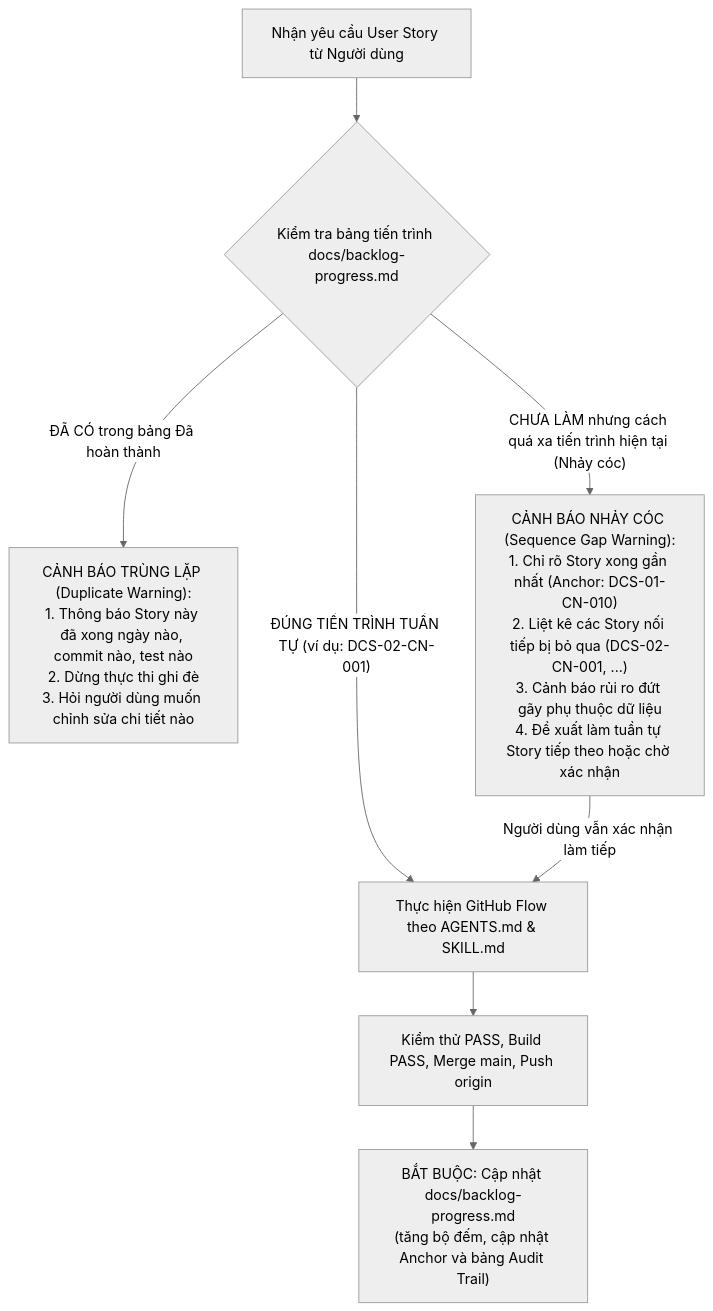
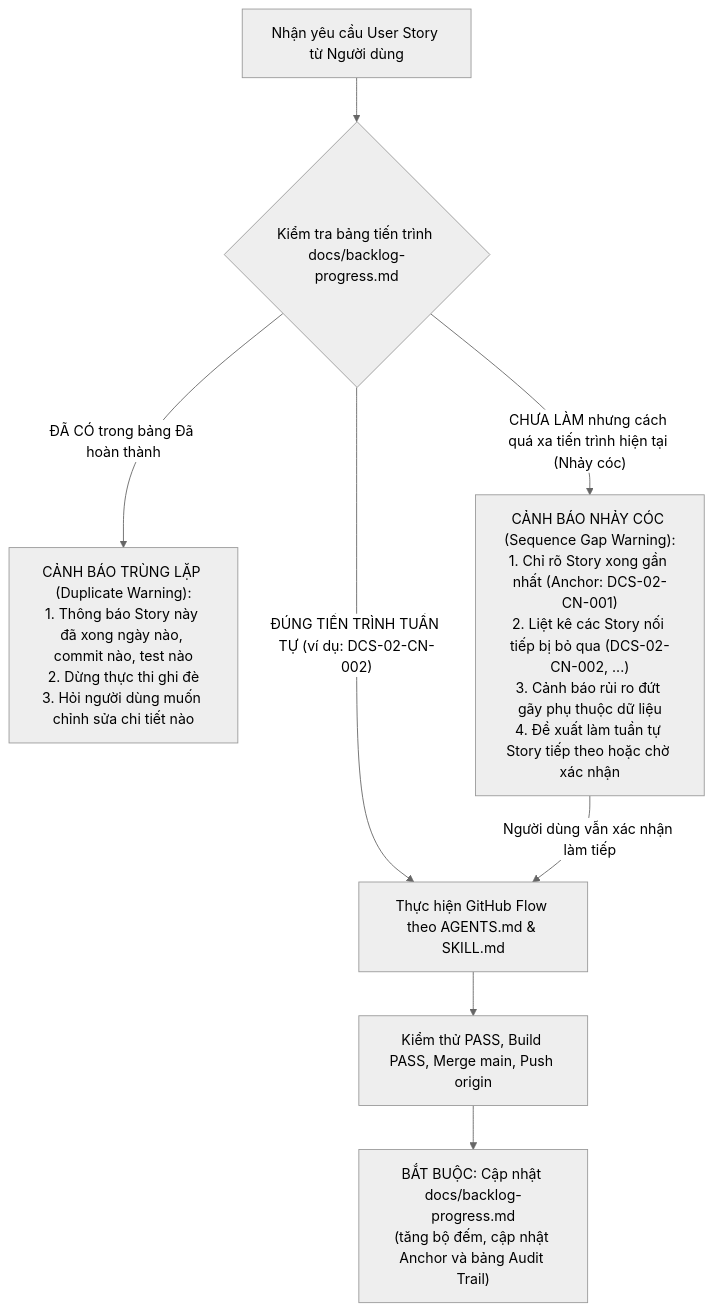
Before and after one commit to hienvanla5/dia_chinh_so: the diagram in docs/backlog-progress.md, drawn with Mermaid (neutral theme). The commit also changed other lines of this file and 2 other files, not shown here.

Commit message:
docs: document parcel declaration endpoints and update progress for DCS-02-CN-001

````diff
--- a/docs/backlog-progress.md
+++ b/docs/backlog-progress.md
@@ -229,14 +251,14 @@
 ```mermaid
 flowchart TD
     Req["Nhận yêu cầu User Story từ Người dùng"] --> CheckTable{"Kiểm tra bảng tiến trình docs/backlog-progress.md"}
     
     CheckTable -- "ĐÃ CÓ trong bảng Đã hoàn thành" --> WarnDup["CẢNH BÁO TRÙNG LẶP (Duplicate Warning):<br>1. Thông báo Story này đã xong ngày nào, commit nào, test nào<br>2. Dừng thực thi ghi đè<br>3. Hỏi người dùng muốn chỉnh sửa chi tiết nào"]
     
-    CheckTable -- "CHƯA LÀM nhưng cách quá xa tiến trình hiện tại (Nhảy cóc)" --> WarnGap["CẢNH BÁO NHẢY CÓC (Sequence Gap Warning):<br>1. Chỉ rõ Story xong gần nhất (Anchor: DCS-01-CN-010)<br>2. Liệt kê các Story nối tiếp bị bỏ qua (DCS-02-CN-001, ...)<br>3. Cảnh báo rủi ro đứt gãy phụ thuộc dữ liệu<br>4. Đề xuất làm tuần tự Story tiếp theo hoặc chờ xác nhận"]
+    CheckTable -- "CHƯA LÀM nhưng cách quá xa tiến trình hiện tại (Nhảy cóc)" --> WarnGap["CẢNH BÁO NHẢY CÓC (Sequence Gap Warning):<br>1. Chỉ rõ Story xong gần nhất (Anchor: DCS-02-CN-001)<br>2. Liệt kê các Story nối tiếp bị bỏ qua (DCS-02-CN-002, ...)<br>3. Cảnh báo rủi ro đứt gãy phụ thuộc dữ liệu<br>4. Đề xuất làm tuần tự Story tiếp theo hoặc chờ xác nhận"]
     
-    CheckTable -- "ĐÚNG TIẾN TRÌNH TUẦN TỰ (ví dụ: DCS-02-CN-001)" --> RunStory["Thực hiện GitHub Flow theo AGENTS.md & SKILL.md"]
+    CheckTable -- "ĐÚNG TIẾN TRÌNH TUẦN TỰ (ví dụ: DCS-02-CN-002)" --> RunStory["Thực hiện GitHub Flow theo AGENTS.md & SKILL.md"]
     WarnGap -- "Người dùng vẫn xác nhận làm tiếp" --> RunStory
     
     RunStory --> Done["Kiểm thử PASS, Build PASS, Merge main, Push origin"]
     Done --> UpdateLog["BẮT BUỘC: Cập nhật docs/backlog-progress.md<br>(tăng bộ đếm, cập nhật Anchor và bảng Audit Trail)"]
 ```
````
